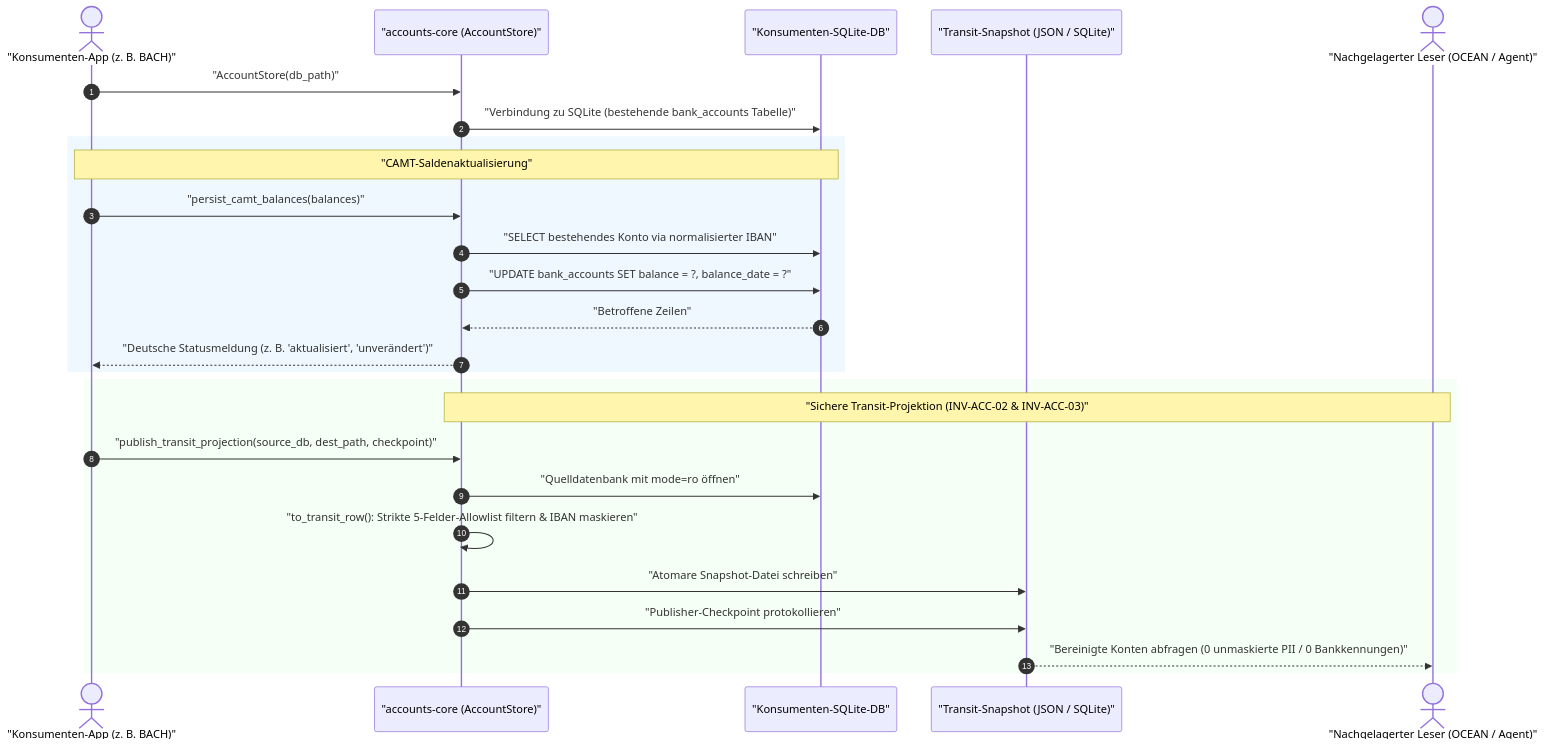
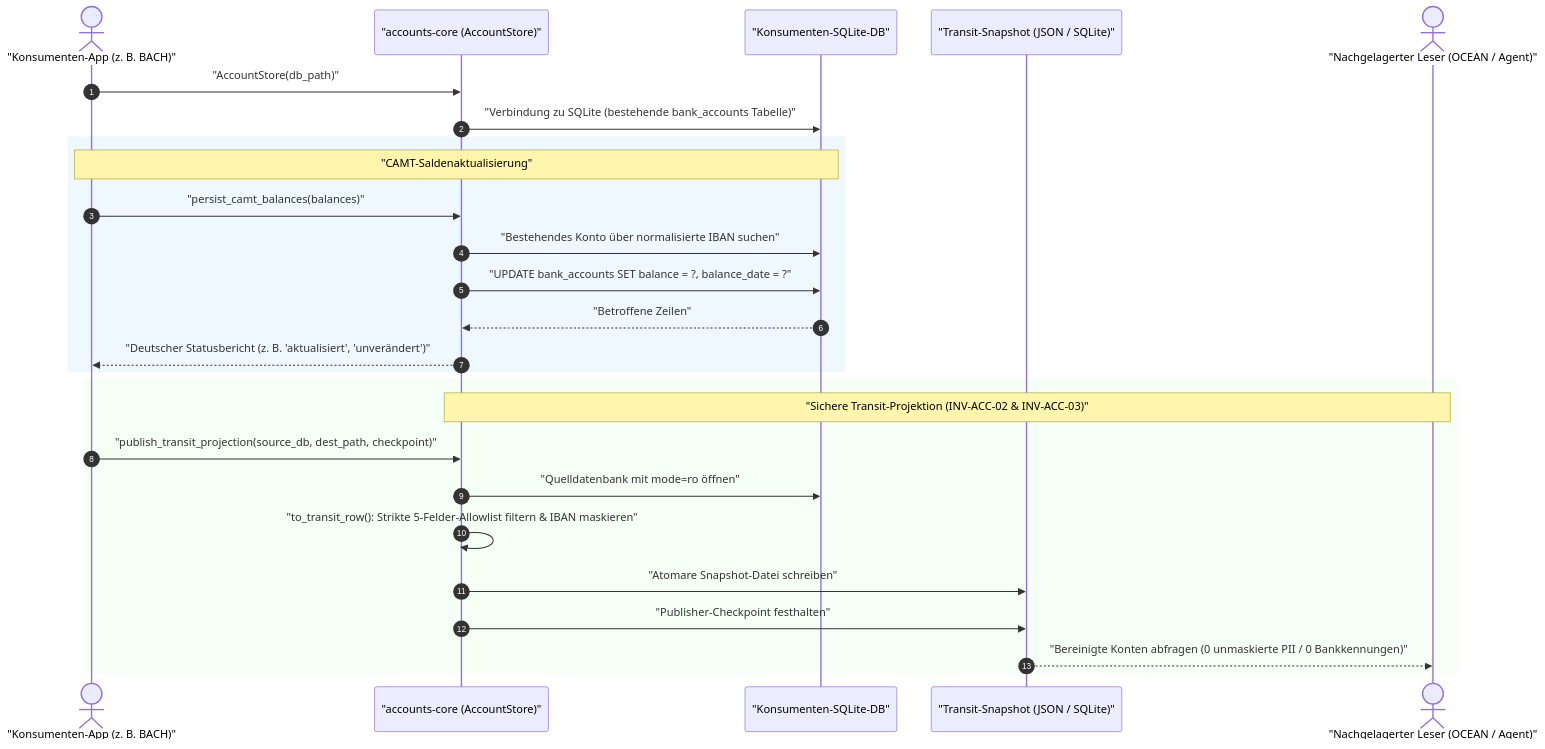
One commit to ellmos-ai/accounts-core changed the second of 2 diagrams in README_de.md. Above: the diagram before and after it, drawn with Mermaid. The commit also changed other lines of this file and 10 other files, not shown here.

Commit message:
docs(marketing): visual architecture, discoverability, 18-point bilingual navigation & Level 1 SBOM (v0.1.4)

````diff
--- a/README_de.md
+++ b/README_de.md
@@ -87,31 +111,31 @@
 ```mermaid
 sequenceDiagram
     autonumber
     actor Consumer as "Konsumenten-App (z. B. BACH)"
     participant Core as "accounts-core (AccountStore)"
     participant DB as "Konsumenten-SQLite-DB"
     participant Transit as "Transit-Snapshot (JSON / SQLite)"
     actor Observer as "Nachgelagerter Leser (OCEAN / Agent)"
 
     Consumer->>Core: "AccountStore(db_path)"
     Core->>DB: "Verbindung zu SQLite (bestehende bank_accounts Tabelle)"
 
     rect rgb(240, 248, 255)
     Note over Consumer,DB: "CAMT-Saldenaktualisierung"
     Consumer->>Core: "persist_camt_balances(balances)"
-    Core->>DB: "SELECT bestehendes Konto via normalisierter IBAN"
+    Core->>DB: "Bestehendes Konto über normalisierte IBAN suchen"
     Core->>DB: "UPDATE bank_accounts SET balance = ?, balance_date = ?"
     DB-->>Core: "Betroffene Zeilen"
-    Core-->>Consumer: "Deutsche Statusmeldung (z. B. 'aktualisiert', 'unverändert')"
+    Core-->>Consumer: "Deutscher Statusbericht (z. B. 'aktualisiert', 'unverändert')"
     end
 
     rect rgb(245, 255, 245)
     Note over Core,Observer: "Sichere Transit-Projektion (INV-ACC-02 & INV-ACC-03)"
     Consumer->>Core: "publish_transit_projection(source_db, dest_path, checkpoint)"
     Core->>DB: "Quelldatenbank mit mode=ro öffnen"
     Core->>Core: "to_transit_row(): Strikte 5-Felder-Allowlist filtern & IBAN maskieren"
     Core->>Transit: "Atomare Snapshot-Datei schreiben"
-    Core->>Transit: "Publisher-Checkpoint protokollieren"
+    Core->>Transit: "Publisher-Checkpoint festhalten"
     Transit-->>Observer: "Bereinigte Konten abfragen (0 unmaskierte PII / 0 Bankkennungen)"
     end
 ```
````
